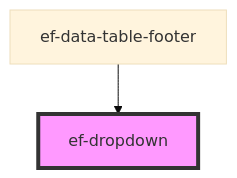
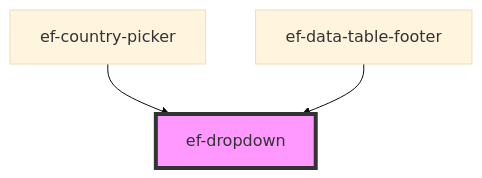
The diagram in src/components/ef-dropdown/readme.md (4CodersColombia/every-framework-components), drawn with Mermaid (base theme) before and after one commit. The commit also changed other lines of this file and 18 other files, not shown here.

First line of the commit message:
XCH-306-NEW-CHANGES-COMPONENTS XCH-244-EF-COUNTRY-PICKER (#40)

````diff
--- a/src/components/ef-dropdown/readme.md
+++ b/src/components/ef-dropdown/readme.md
@@ -33,5 +34,6 @@
 ```mermaid
 graph TD;
+  ef-country-picker --> ef-dropdown
   ef-data-table-footer --> ef-dropdown
   style ef-dropdown fill:#f9f,stroke:#333,stroke-width:4px
 ```
````
